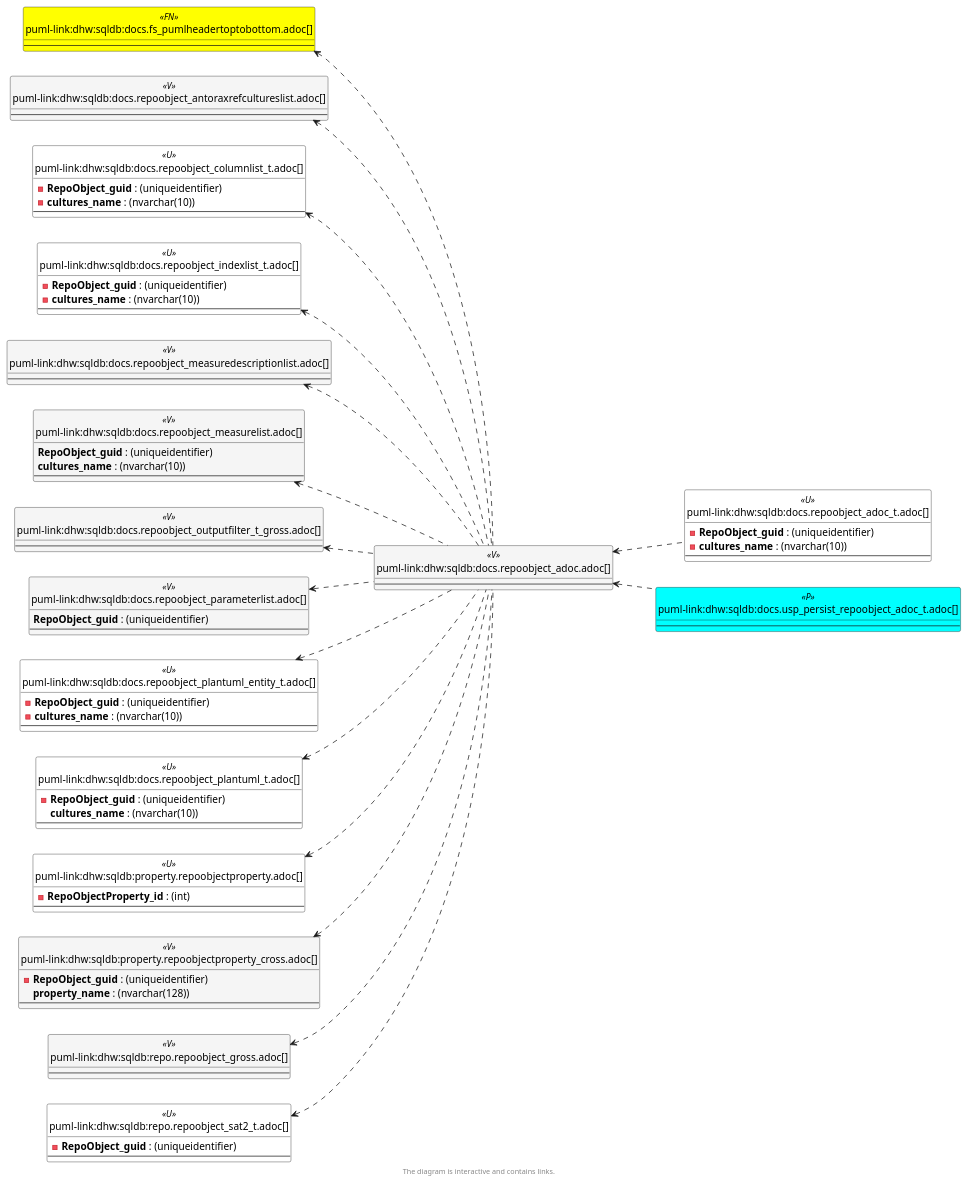
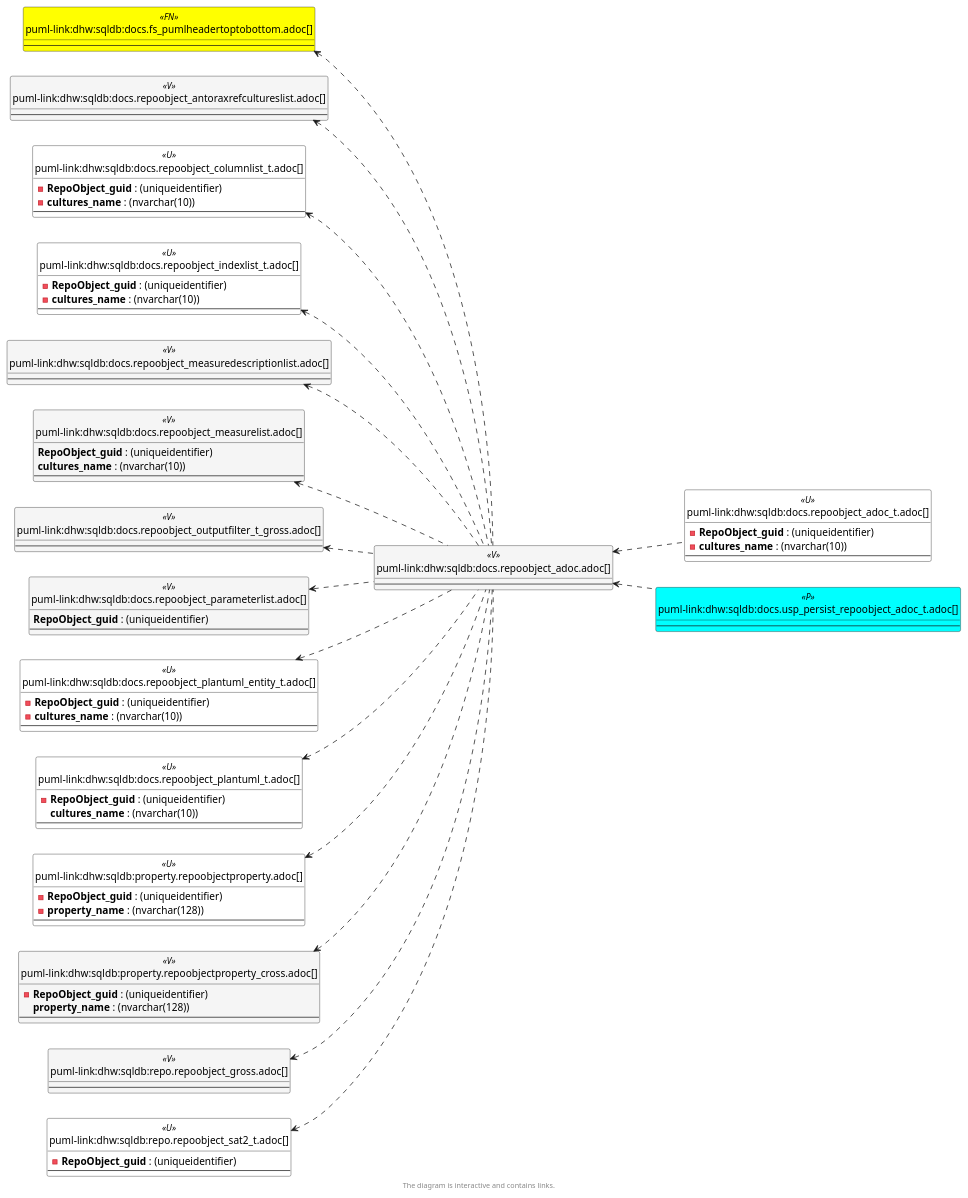
Before and after one commit to DataHandwerk/dhw-antora-sqldb: the third of 6 diagrams in docs/modules/sqldb/partials/content/docs.repoobject_adoc.adoc, drawn with PlantUML. The commit also changed other lines of this file and 751 other files, not shown here.

```diff
--- a/docs/modules/sqldb/partials/content/docs.repoobject_adoc.adoc
+++ b/docs/modules/sqldb/partials/content/docs.repoobject_adoc.adoc
@@ -1123,7 +1123,8 @@
 }
 
 entity "puml-link:dhw:sqldb:property.repoobjectproperty.adoc[]" as property.RepoObjectProperty << U >> {
-  - **RepoObjectProperty_id** : (int)
+  - **RepoObject_guid** : (uniqueidentifier)
+  - **property_name** : (nvarchar(128))
   --
 }
 
```
